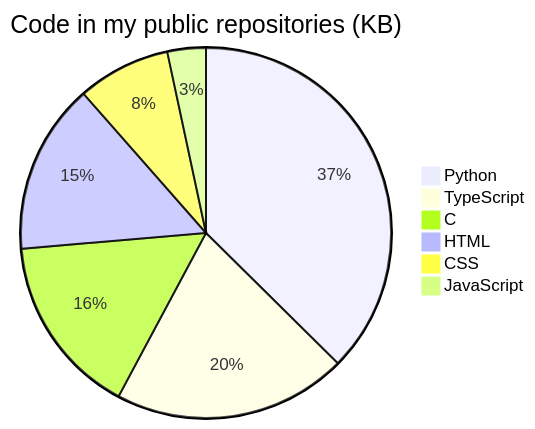
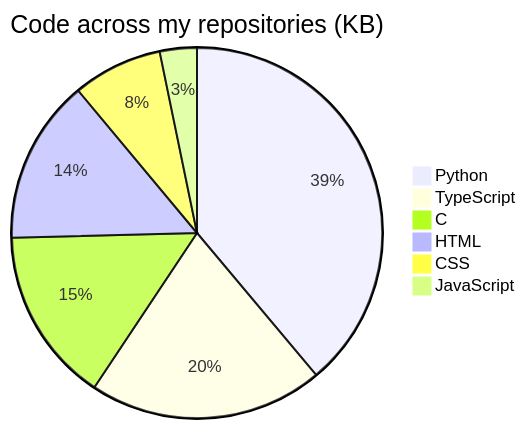
The second of 3 diagrams in README.md (KathFK1234/KathFK1234), drawn with Mermaid before and after one commit. The commit also changed other lines of this file and 8 other files, not shown here.

````diff
--- a/README.md
+++ b/README.md
@@ -101,9 +101,9 @@
 ```mermaid
-pie title Code in my public repositories (KB)
-    "Python" : 148.3
-    "TypeScript" : 80.9
+pie title Code across my repositories (KB)
+    "Python" : 159.9
+    "TypeScript" : 84.1
     "C" : 62.7
     "HTML" : 59.0
     "CSS" : 32.2
     "JavaScript" : 13.3
 ```
````
